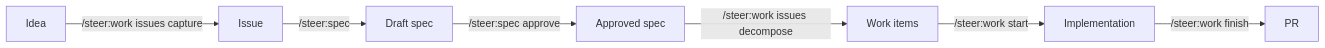
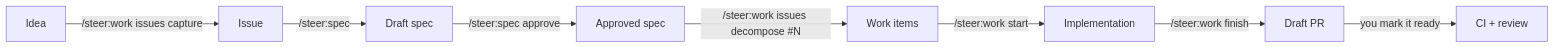
The diagram in docs/getting-started/first-workflow.md (element22llc/e22-plugins), drawn with Mermaid before and after one commit. The commit also changed other lines of this file and 7 other files, not shown here.

````diff
--- a/docs/getting-started/first-workflow.md
+++ b/docs/getting-started/first-workflow.md
@@ -15,9 +15,10 @@
 ```mermaid
 flowchart LR
     A[Idea] -->|/steer:work issues capture| B[Issue]
     B -->|/steer:spec| C[Draft spec]
     C -->|/steer:spec approve| D[Approved spec]
-    D -->|/steer:work issues decompose| E[Work items]
+    D -->|"/steer:work issues decompose #N"| E[Work items]
     E -->|/steer:work start| F[Implementation]
-    F -->|/steer:work finish| G[PR]
+    F -->|/steer:work finish| G[Draft PR]
+    G -->|you mark it ready| H[CI + review]
 ```
````
